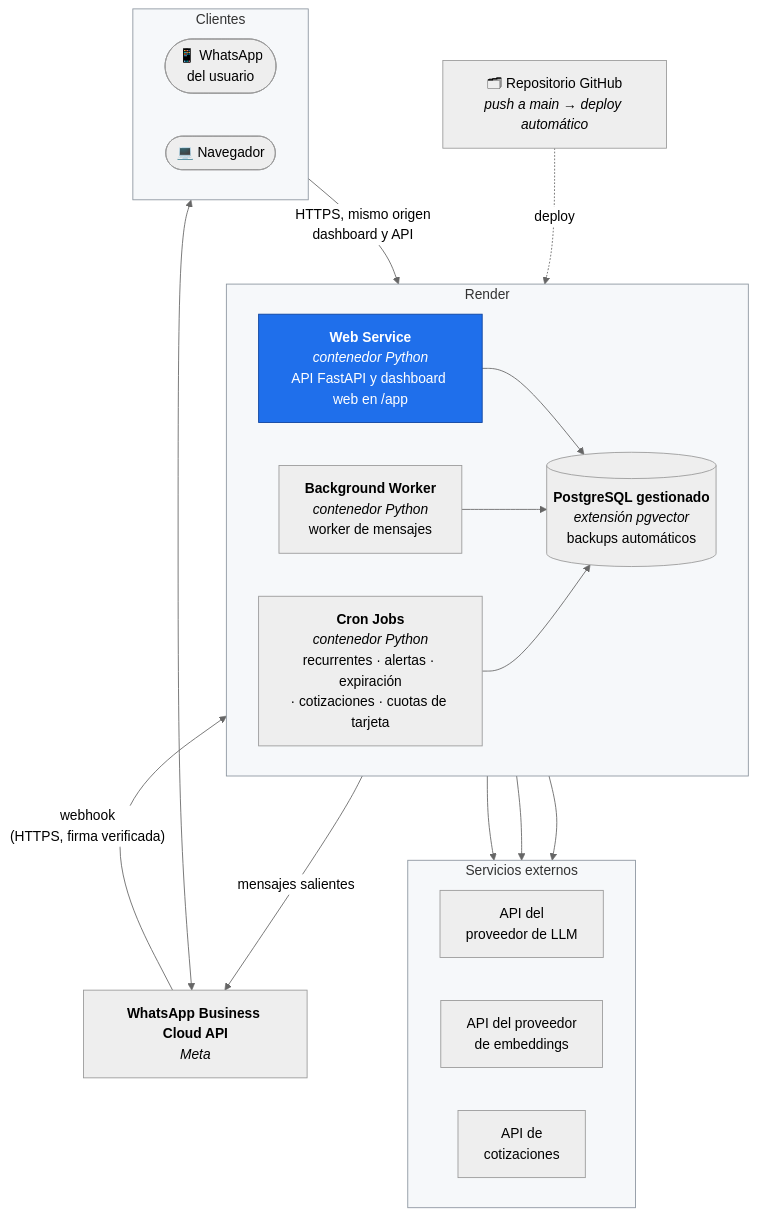
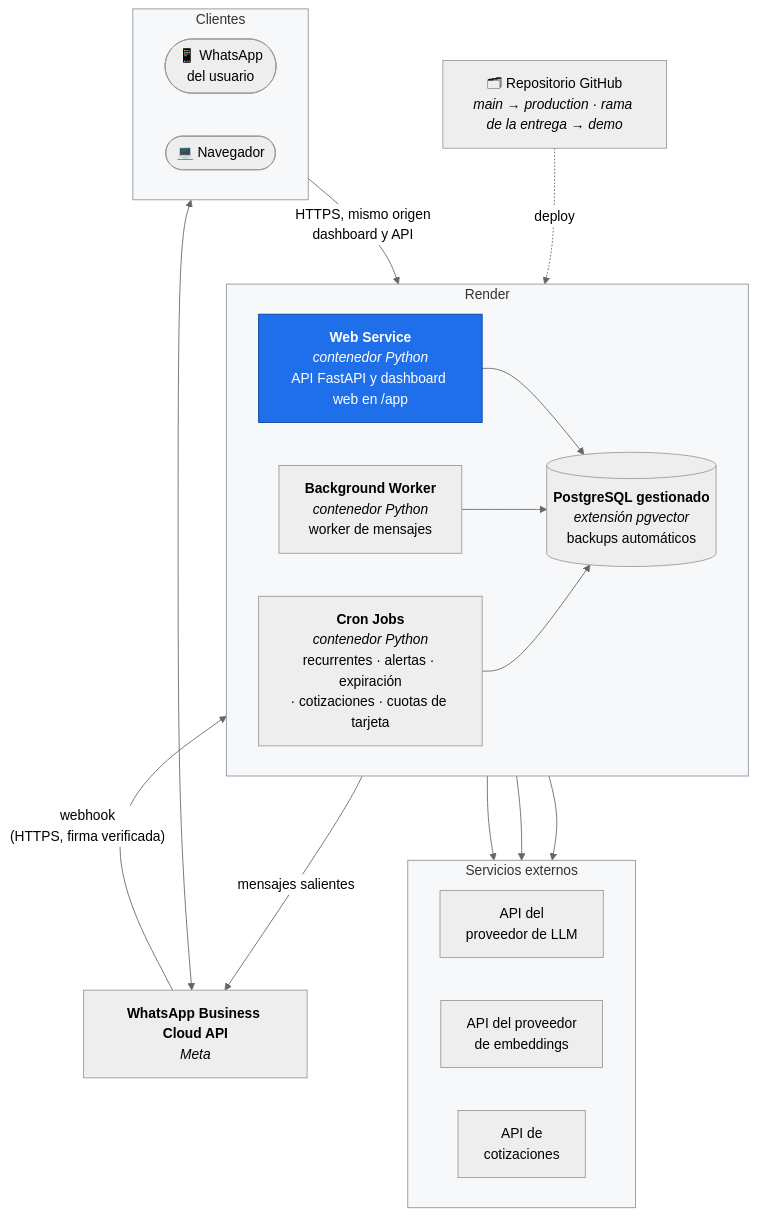
The fourth of 4 diagrams in docs/02-arquitectura.md (verozacarias-prog/AI4Devs-finalproject), drawn with Mermaid (neutral theme) before and after one commit. The commit also changed other lines of this file and 3 other files, not shown here.

````diff
--- a/docs/02-arquitectura.md
+++ b/docs/02-arquitectura.md
@@ -267,43 +267,43 @@
 ```mermaid
 flowchart TB
     subgraph CLIENTES["Clientes"]
         direction LR
         PHONE(["📱 WhatsApp<br/>del usuario"])
         BROWSER(["💻 Navegador"])
     end
 
-    DEV["🗂 Repositorio GitHub<br/><i>push a main → deploy automático</i>"]
+    DEV["🗂 Repositorio GitHub<br/><i>main → production · rama de la entrega → demo</i>"]
     WACLOUD["<b>WhatsApp Business Cloud API</b><br/><i>Meta</i>"]
 
     subgraph RENDER["Render"]
         direction LR
         WEBSVC["<b>Web Service</b><br/><i>contenedor Python</i><br/>API FastAPI y dashboard web en /app"]
         BGW["<b>Background Worker</b><br/><i>contenedor Python</i><br/>worker de mensajes"]
         CRON["<b>Cron Jobs</b><br/><i>contenedor Python</i><br/>recurrentes · alertas · expiración<br/>· cotizaciones · cuotas de tarjeta"]
         PG[("<b>PostgreSQL gestionado</b><br/><i>extensión pgvector</i><br/>backups automáticos")]
     end
 
     subgraph EXT["Servicios externos"]
         direction LR
         LLMAPI["API del<br/>proveedor de LLM"]
         EMBAPI["API del proveedor<br/>de embeddings"]
         FXAPI["API de<br/>cotizaciones"]
     end
 
     PHONE <--> WACLOUD
     BROWSER -->|"HTTPS, mismo origen<br/>dashboard y API"| WEBSVC
     DEV -.->|"deploy"| RENDER
     WACLOUD -->|"webhook<br/>(HTTPS, firma verificada)"| WEBSVC
     BGW -->|"mensajes salientes"| WACLOUD
     WEBSVC --> PG
     BGW --> PG
     BGW --> LLMAPI
     BGW --> EMBAPI
     CRON --> PG
     CRON --> FXAPI
 
     style WEBSVC fill:#1f6feb,stroke:#0d419d,color:#fff
     style RENDER fill:#f6f8fa,stroke:#8b949e
     style EXT fill:#f6f8fa,stroke:#8b949e
     style CLIENTES fill:#f6f8fa,stroke:#8b949e
 ```
````
